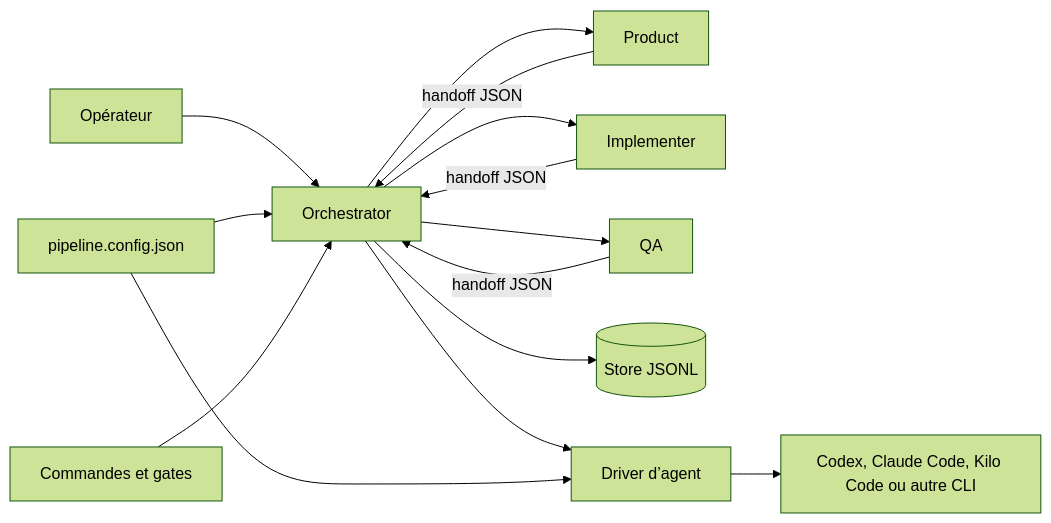
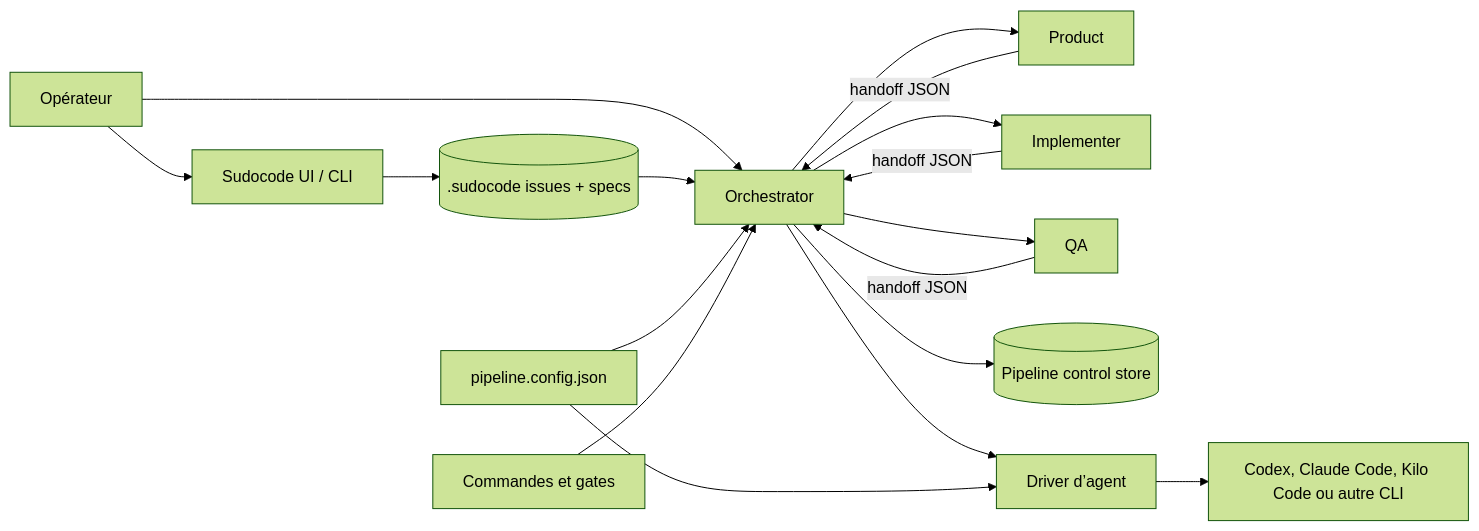
The diagram in README.md (HerbertCodex/agent-pipeline), drawn with Mermaid (forest theme) before and after one commit. The commit also changed other lines of this file and 24 other files, not shown here.

```diff
--- a/README.md
+++ b/README.md
@@ -45,16 +45,19 @@
 ~~~mermaid
 flowchart LR
     U[Opérateur] --> O[Orchestrator]
+    U --> SU[Sudocode UI / CLI]
+    SU --> ST[(.sudocode issues + specs)]
+    ST --> O
     O --> P[Product]
     O --> I[Implementer]
     O --> Q[QA]
     P -->|handoff JSON| O
     I -->|handoff JSON| O
     Q -->|handoff JSON| O
-    O --> S[(Store JSONL)]
+    O --> S[(Pipeline control store)]
     O --> D[Driver d’agent]
     D --> R[Codex, Claude Code, Kilo Code ou autre CLI]
     C[pipeline.config.json] --> O
     C --> D
     G[Commandes et gates] --> O
 ~~~
```
